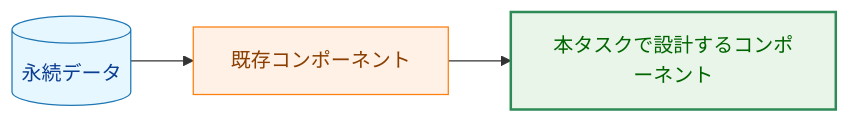
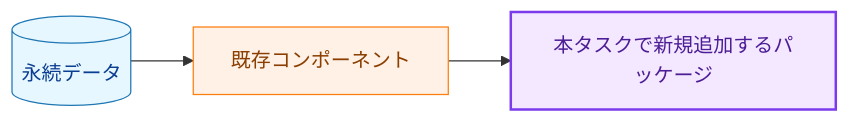
One commit to isseis/tlsrpt-digest changed the second of 15 diagrams in docs/tasks/0040_store/02_architecture.md. Above: the diagram before and after it, drawn with Mermaid. The commit also changed other lines of this file, not shown here.

First line of the commit message:
docs(store/arch): fix three review issues (newpkg class, ErrRecoveryStateNotFound, ReadOnly sentinel)

````diff
--- a/docs/tasks/0040_store/02_architecture.md
+++ b/docs/tasks/0040_store/02_architecture.md
@@ -47,11 +47,11 @@
 ```mermaid
 flowchart LR
     classDef data fill:#e6f7ff,stroke:#1f77b4,stroke-width:1px,color:#0b3d91;
     classDef process fill:#fff1e6,stroke:#ff7f0e,stroke-width:1px,color:#8a3e00;
-    classDef enhanced fill:#e8f5e8,stroke:#2e8b57,stroke-width:2px,color:#006400;
+    classDef newpkg fill:#f3e8ff,stroke:#7c3aed,stroke-width:2px,color:#4c1d95;
 
-    D[("永続データ")] --> P["既存コンポーネント"] --> E["本タスクで設計するコンポーネント"]
+    D[("永続データ")] --> P["既存コンポーネント"] --> N["本タスクで新規追加するパッケージ"]
     class D data
     class P process
-    class E enhanced
+    class N newpkg
 ```
````
